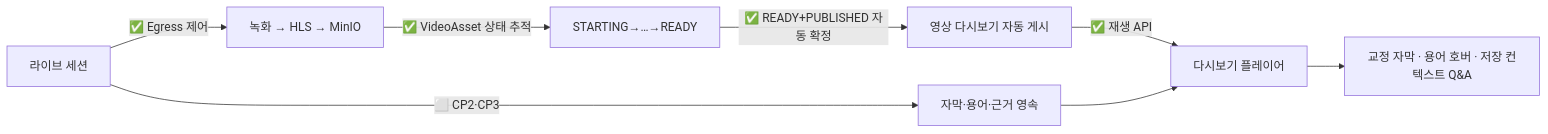
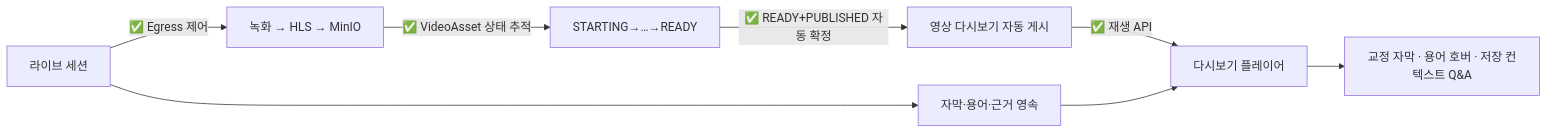
One commit to thdwjdrl401/jiphyeonjeon changed the sixth of 7 diagrams in docs/ARCHITECTURE.md. Above: the diagram before and after it, drawn with Mermaid. The commit also changed other lines of this file, not shown here.

````diff
--- a/docs/ARCHITECTURE.md
+++ b/docs/ARCHITECTURE.md
@@ -250,10 +268,10 @@
 ```mermaid
 flowchart LR
   L["라이브 세션"] -->|"✅ Egress 제어"| EG["녹화 → HLS → MinIO"]
-  L -->|"⬜ CP2·CP3"| DB["자막·용어·근거 영속"]
+  L --> DB["자막·용어·근거 영속"]
   EG -->|"✅ VideoAsset 상태 추적"| VA["STARTING→…→READY"]
   VA -->|"✅ READY+PUBLISHED 자동 확정"| PUB["영상 다시보기 자동 게시"]
   PUB -->|"✅ 재생 API"| RP["다시보기 플레이어"]
   DB --> RP
   RP --> DONE["교정 자막 · 용어 호버 · 저장 컨텍스트 Q&A"]
 ```
````
